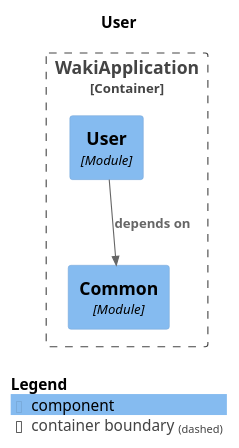
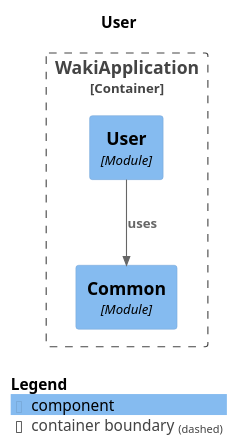
One commit to No-Country-simulation/h2-02-ft-java-react changed the diagram in backend/target/spring-modulith-docs/module-user.puml. Above: the diagram before and after it, drawn with PlantUML. The commit also changed 14 other files, not shown here.

```diff
--- a/backend/target/spring-modulith-docs/module-user.puml
+++ b/backend/target/spring-modulith-docs/module-user.puml
@@ -1,19 +1,19 @@
 @startuml
 set separator none
 title User
 
 top to bottom direction
 
 !include <C4/C4>
 !include <C4/C4_Context>
 !include <C4/C4_Component>
 
 Container_Boundary("WakiApplication.WakiApplication_boundary", "WakiApplication", $tags="") {
   Component(WakiApplication.WakiApplication.Common, "Common", $techn="Module", $descr="", $tags="", $link="")
   Component(WakiApplication.WakiApplication.User, "User", $techn="Module", $descr="", $tags="", $link="")
 }
 
-Rel(WakiApplication.WakiApplication.User, WakiApplication.WakiApplication.Common, "depends on", $techn="", $tags="", $link="")
+Rel(WakiApplication.WakiApplication.User, WakiApplication.WakiApplication.Common, "uses", $techn="", $tags="", $link="")
 
 SHOW_LEGEND(true)
 @enduml
```
